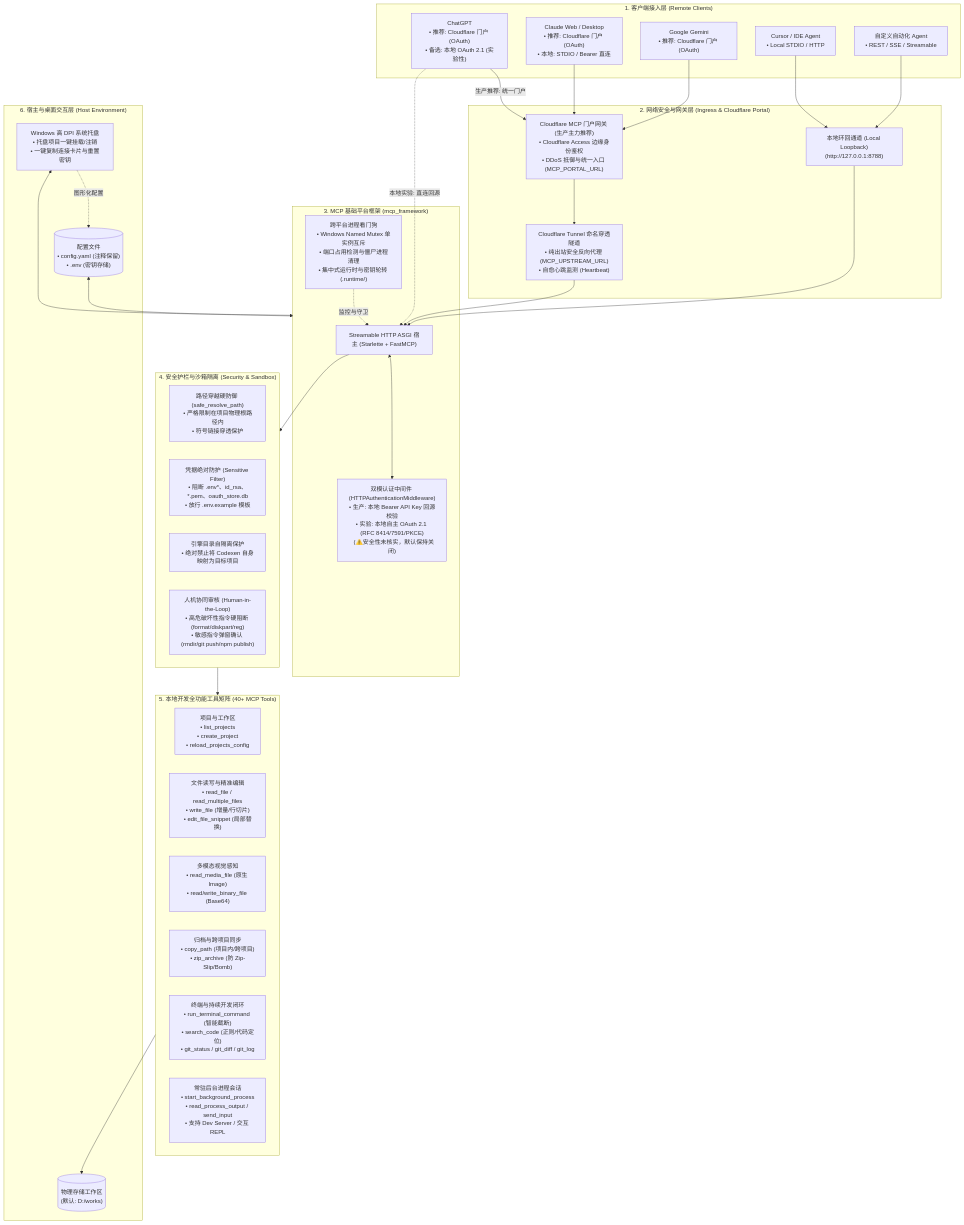
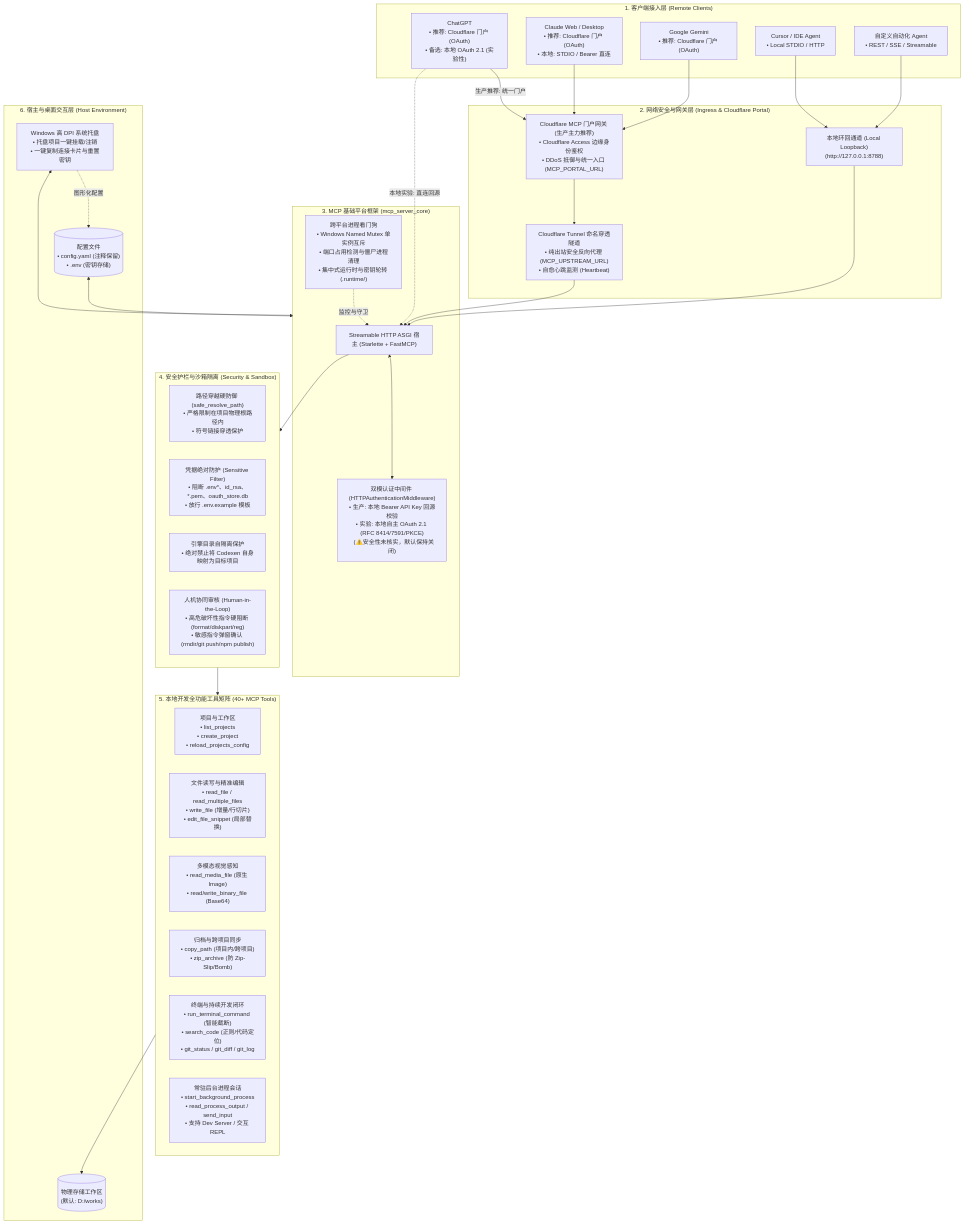
One commit to yimmr/codexen changed the diagram in README.md. Above: the diagram before and after it, drawn with Mermaid. The commit also changed 24 other files, not shown here.

Commit message:
refactor!: decouple completely from legacy mcp_framework and use mcp-server-core 0.4.0

````diff
--- a/README.md
+++ b/README.md
@@ -34,65 +34,65 @@
 ```mermaid
 flowchart TB
     subgraph ClientLayer ["1. 客户端接入层 (Remote Clients)"]
         ChatGPT["ChatGPT<br/>• 推荐: Cloudflare 门户 (OAuth)<br/>• 备选: 本地 OAuth 2.1 (实验性)"]
         Claude["Claude Web / Desktop<br/>• 推荐: Cloudflare 门户 (OAuth)<br/>• 本地: STDIO / Bearer 直连"]
         Gemini["Google Gemini<br/>• 推荐: Cloudflare 门户 (OAuth)"]
         Cursor["Cursor / IDE Agent<br/>• Local STDIO / HTTP"]
         CustomAgent["自定义自动化 Agent<br/>• REST / SSE / Streamable"]
     end
 
     subgraph NetworkLayer ["2. 网络安全与网关层 (Ingress & Cloudflare Portal)"]
         CF_Portal["Cloudflare MCP 门户网关 (生产主力推荐)<br/>• Cloudflare Access 边缘身份鉴权<br/>• DDoS 抵御与统一入口 (MCP_PORTAL_URL)"]
         CF_Tunnel["Cloudflare Tunnel 命名穿透隧道<br/>• 纯出站安全反向代理 (MCP_UPSTREAM_URL)<br/>• 自愈心跳监测 (Heartbeat)"]
         LocalLoop["本地环回通道 (Local Loopback)<br/>(http://127.0.0.1:8788)"]
     end
 
-    subgraph FrameworkLayer ["3. MCP 基础平台框架 (mcp_framework)"]
+    subgraph FrameworkLayer ["3. MCP 基础平台框架 (mcp_server_core)"]
         ASGIServer["Streamable HTTP ASGI 宿主 (Starlette + FastMCP)"]
         LocalAuth["双模认证中间件 (HTTPAuthenticationMiddleware)<br/>• 生产: 本地 Bearer API Key 回源校验<br/>• 实验: 本地自主 OAuth 2.1 (RFC 8414/7591/PKCE)<br/>  (⚠️安全性未核实，默认保持关闭)"]
         ProcessSupervisor["跨平台进程看门狗<br/>• Windows Named Mutex 单实例互斥<br/>• 端口占用检测与僵尸进程清理<br/>• 集中式运行时与密钥轮转 (.runtime/)"]
     end
 
     subgraph SecurityLayer ["4. 安全护栏与沙箱隔离 (Security & Sandbox)"]
         PathSanitizer["路径穿越硬防御 (safe_resolve_path)<br/>• 严格限制在项目物理根路径内<br/>• 符号链接穿透保护"]
         CredentialGuard["凭据绝对防护 (Sensitive Filter)<br/>• 阻断 .env*、id_rsa、*.pem、oauth_store.db<br/>• 放行 .env.example 模板"]
         EngineIsolation["引擎目录自隔离保护<br/>• 绝对禁止将 Codexen 自身映射为目标项目"]
         HITL["人机协同审核 (Human-in-the-Loop)<br/>• 高危破坏性指令硬阻断 (format/diskpart/reg)<br/>• 敏感指令弹窗确认 (rmdir/git push/npm publish)"]
     end
 
     subgraph ToolsLayer ["5. 本地开发全功能工具矩阵 (40+ MCP Tools)"]
         T_Workspace["项目与工作区<br/>• list_projects<br/>• create_project<br/>• reload_projects_config"]
         T_Files["文件读写与精准编辑<br/>• read_file / read_multiple_files<br/>• write_file (增量/行切片)<br/>• edit_file_snippet (局部替换)"]
         T_Media["多模态视觉感知<br/>• read_media_file (原生 Image)<br/>• read/write_binary_file (Base64)"]
         T_Archive["归档与跨项目同步<br/>• copy_path (项目内/跨项目)<br/>• zip_archive (防 Zip-Slip/Bomb)"]
         T_Terminal["终端与持续开发闭环<br/>• run_terminal_command (智能截断)<br/>• search_code (正则/代码定位)<br/>• git_status / git_diff / git_log"]
         T_AsyncProcess["常驻后台进程会话<br/>• start_background_process<br/>• read_process_output / send_input<br/>• 支持 Dev Server / 交互 REPL"]
     end
 
     subgraph HostLayer ["6. 宿主与桌面交互层 (Host Environment)"]
         WorkspaceStorage[("物理存储工作区<br/>(默认: D:/works)")]
         ProjectConfigs[("配置文件<br/>• config.yaml (注释保留)<br/>• .env (密钥存储)")]
         TrayApp["Windows 高 DPI 系统托盘<br/>• 托盘项目一键挂载/注销<br/>• 一键复制连接卡片与重置密钥"]
     end
 
     %% 拓扑连接
     ChatGPT -->|生产推荐: 统一门户| CF_Portal
     ChatGPT -.->|本地实验: 直连回源| ASGIServer
     CF_Portal --> CF_Tunnel
     CF_Tunnel --> ASGIServer
     Claude --> CF_Portal
     Gemini --> CF_Portal
     Cursor --> LocalLoop
     LocalLoop --> ASGIServer
     CustomAgent --> LocalLoop
 
     ASGIServer <--> LocalAuth
     ASGIServer --> SecurityLayer
     ProcessSupervisor -. 监控与守卫 .-> ASGIServer
 
     SecurityLayer --> ToolsLayer
     ToolsLayer --> WorkspaceStorage
     ProjectConfigs <--> FrameworkLayer
     TrayApp <--> FrameworkLayer
     TrayApp -. 图形化配置 .-> ProjectConfigs
 ```
````
